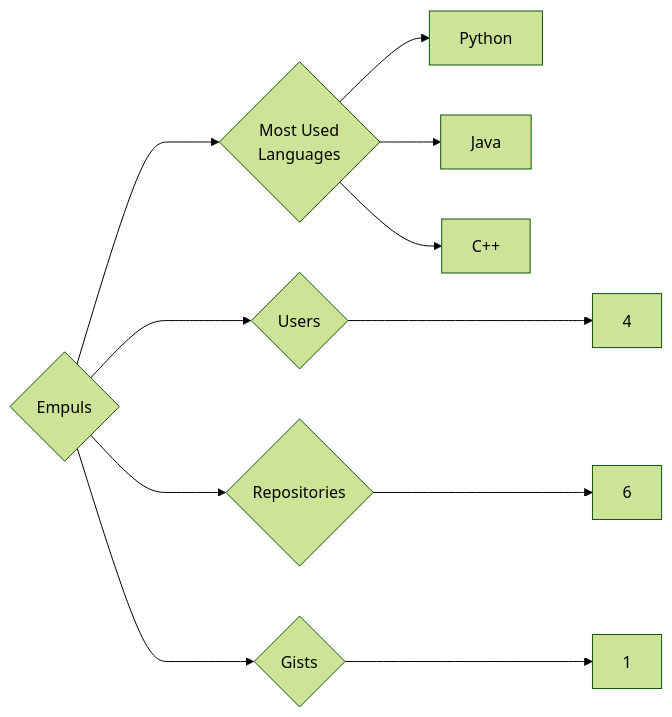
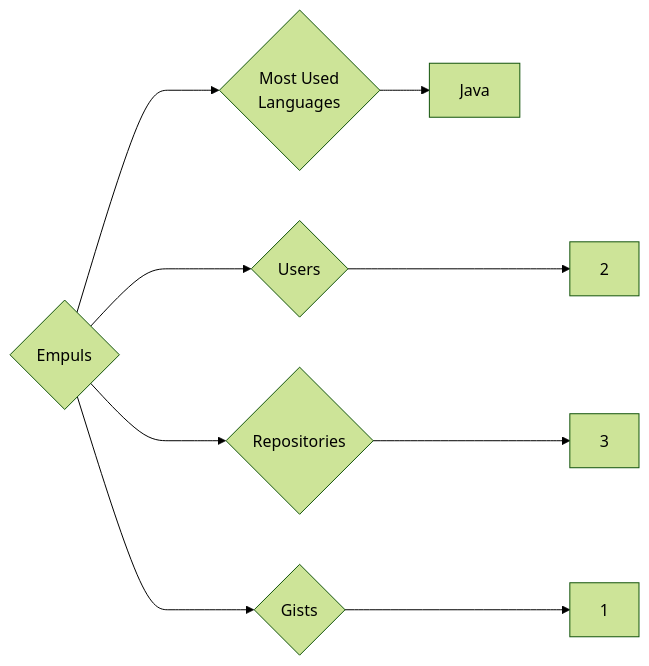
One commit to trickest/insiders changed the diagram in targets/Empuls/README.md. Above: the diagram before and after it, drawn with Mermaid (forest theme). The commit also changed 1170 other files, not shown here.

````diff
--- a/targets/Empuls/README.md
+++ b/targets/Empuls/README.md
@@ -3,11 +3,9 @@
 ```mermaid
 graph LR
 COMPANY_NAME{Empuls}
-COMPANY_NAME ---> U{Users} ---> UN[4]
-COMPANY_NAME ---> R{Repositories} ---> RN[6]
+COMPANY_NAME ---> U{Users} ---> UN[2]
+COMPANY_NAME ---> R{Repositories} ---> RN[3]
 COMPANY_NAME ---> G{Gists} ---> GN[1]
 COMPANY_NAME ---> ML{Most Used<br>Languages}
-ML --> Python[Python]
 ML --> Java[Java]
-ML --> C++[C++]
 ```
````
